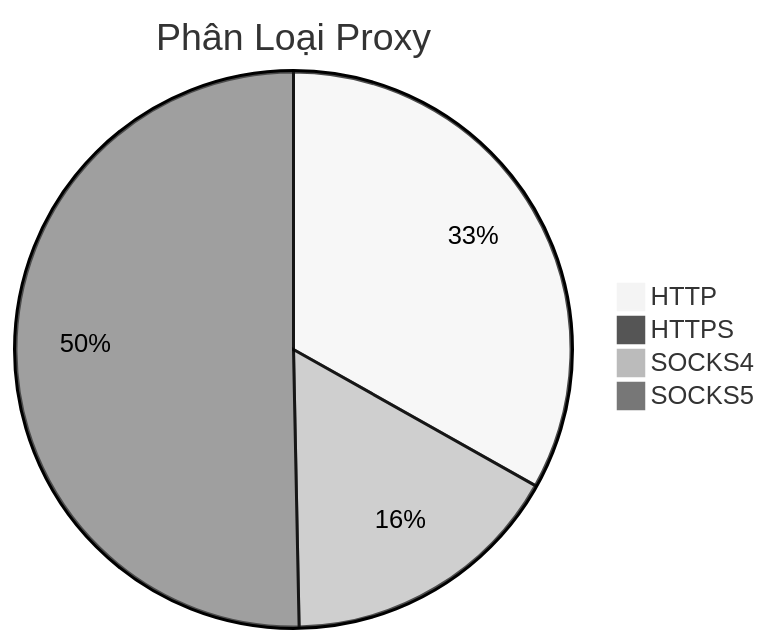
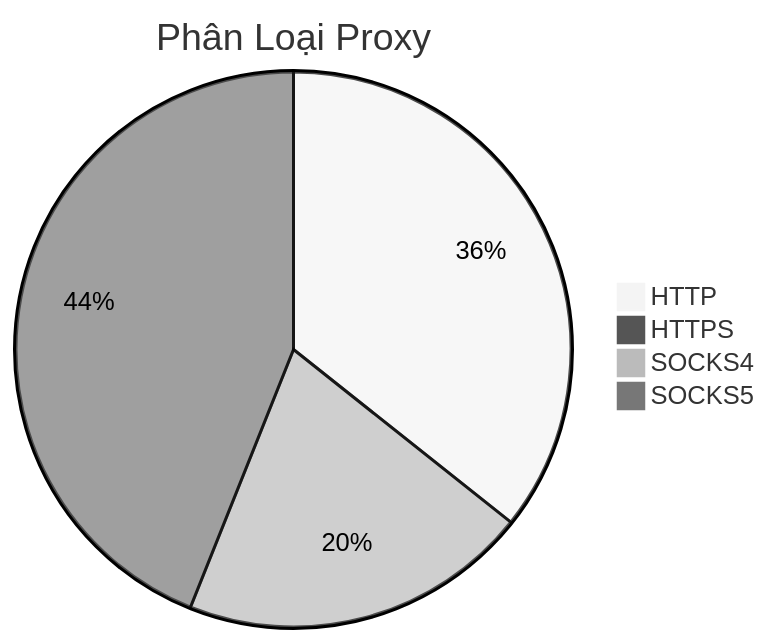
One commit to Ciara-Aa/PROXY-free changed the diagram in README.md. Above: the diagram before and after it, drawn with Mermaid (neutral theme). The commit also changed other lines of this file and 4 other files, not shown here.

````diff
--- a/README.md
+++ b/README.md
@@ -26,7 +26,7 @@
 ```mermaid
 pie title Phân Loại Proxy
-    "HTTP" : 514
-    "HTTPS" : 2
-    "SOCKS4" : 256
-    "SOCKS5" : 780
+    "HTTP" : 622
+    "HTTPS" : 5
+    "SOCKS4" : 355
+    "SOCKS5" : 766
 ```
````
